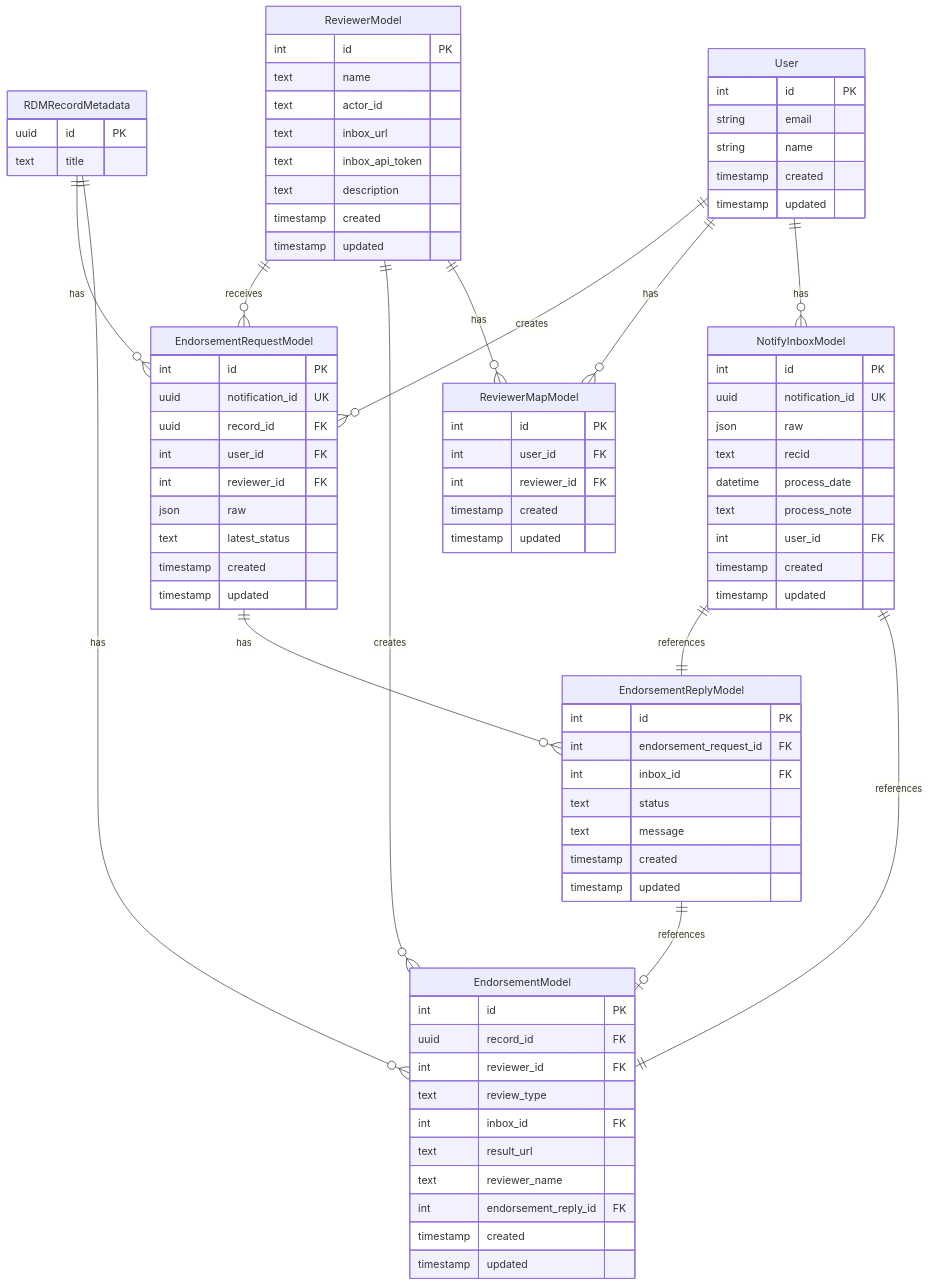
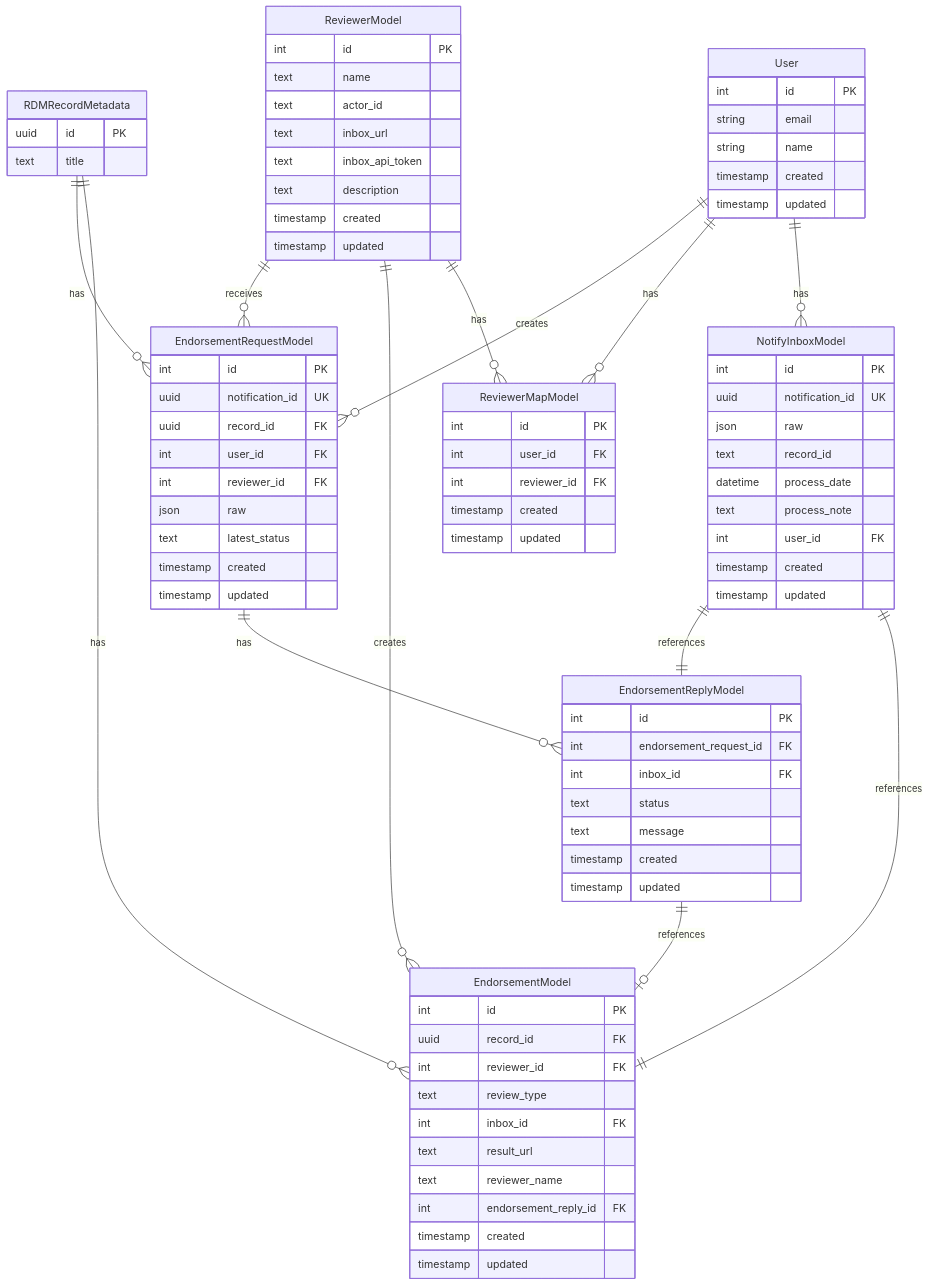
One commit to CottageLabs/invenio-notify changed the diagram in docs/diagram/db.mmd. Above: the diagram before and after it, drawn with Mermaid. The commit also changed 16 other files, not shown here.

```diff
--- a/docs/diagram/db.mmd
+++ b/docs/diagram/db.mmd
@@ -1,98 +1,98 @@
 %% sources of file: invenio_notify/records/models.py
 
 erDiagram
     User ||--o{ NotifyInboxModel : has
     User ||--o{ ReviewerMapModel : has
     User ||--o{ EndorsementRequestModel : creates
     
     ReviewerModel ||--o{ ReviewerMapModel : has
     ReviewerModel ||--o{ EndorsementModel : creates
     ReviewerModel ||--o{ EndorsementRequestModel : receives
     
     RDMRecordMetadata ||--o{ EndorsementModel : has
     RDMRecordMetadata ||--o{ EndorsementRequestModel : has
     
     NotifyInboxModel ||--|| EndorsementModel : references
     NotifyInboxModel ||--|| EndorsementReplyModel : references
     
     EndorsementRequestModel ||--o{ EndorsementReplyModel : has
     EndorsementReplyModel ||--o| EndorsementModel : references
     
     User {
         int id PK
         string email
         string name
         timestamp created
         timestamp updated
     }
     
     NotifyInboxModel {
         int id PK
         uuid notification_id UK
         json raw
-        text recid
+        text record_id
         datetime process_date
         text process_note
         int user_id FK
         timestamp created
         timestamp updated
     }
     
     ReviewerMapModel {
         int id PK
         int user_id FK
         int reviewer_id FK
         timestamp created
         timestamp updated
     }
     
     ReviewerModel {
         int id PK
         text name
         text actor_id
         text inbox_url
         text inbox_api_token
         text description
         timestamp created
         timestamp updated
     }
     
     EndorsementModel {
         int id PK
         uuid record_id FK
         int reviewer_id FK
         text review_type
         int inbox_id FK
         text result_url
         text reviewer_name
         int endorsement_reply_id FK
         timestamp created
         timestamp updated
     }
     
     EndorsementRequestModel {
         int id PK
         uuid notification_id UK
         uuid record_id FK
         int user_id FK
         int reviewer_id FK
         json raw
         text latest_status
         timestamp created
         timestamp updated
     }
     
     EndorsementReplyModel {
         int id PK
         int endorsement_request_id FK
         int inbox_id FK
         text status
         text message
         timestamp created
         timestamp updated
     }
     
     RDMRecordMetadata {
         uuid id PK
         text title
     }
```
